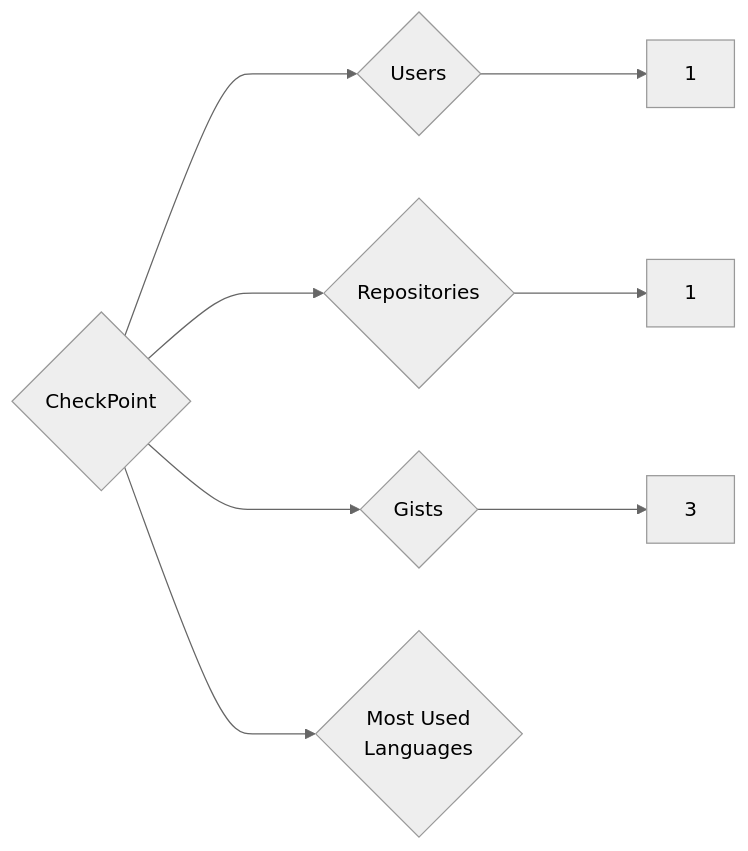
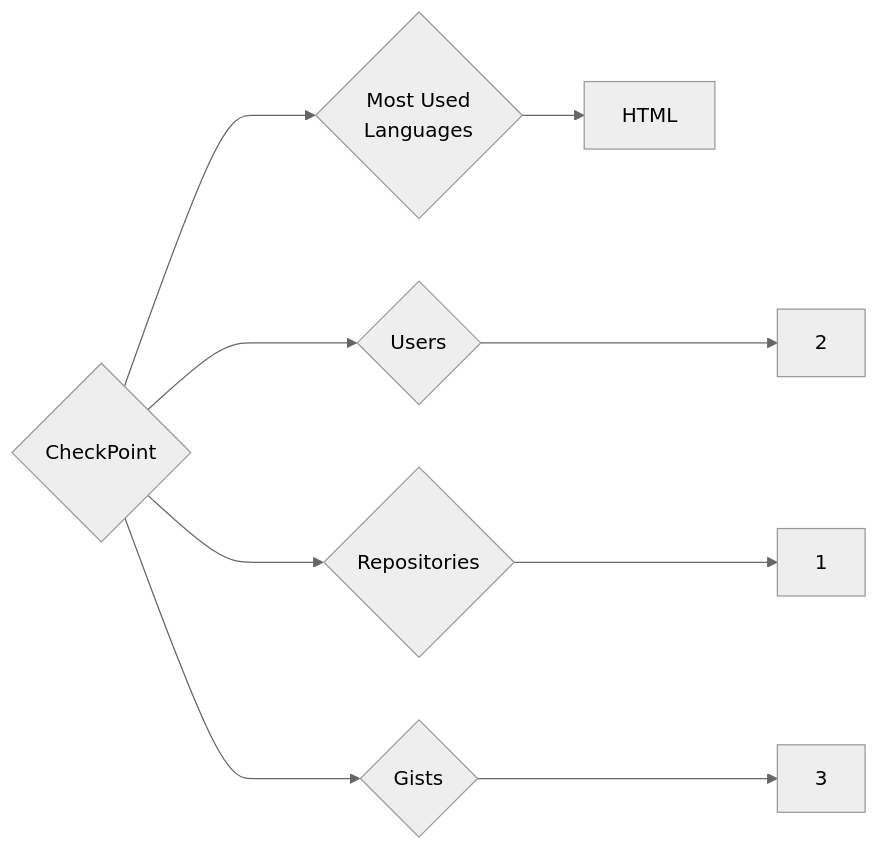
Before and after one commit to trickest/insiders: the diagram in targets/CheckPoint/README.md, drawn with Mermaid (neutral theme). The commit also changed 823 other files, not shown here.

````diff
--- a/targets/CheckPoint/README.md
+++ b/targets/CheckPoint/README.md
@@ -3,8 +3,9 @@
 ```mermaid
 graph LR
 COMPANY_NAME{CheckPoint}
-COMPANY_NAME ---> U{Users} ---> UN[1]
+COMPANY_NAME ---> U{Users} ---> UN[2]
 COMPANY_NAME ---> R{Repositories} ---> RN[1]
 COMPANY_NAME ---> G{Gists} ---> GN[3]
 COMPANY_NAME ---> ML{Most Used<br>Languages}
+ML --> HTML[HTML]
 ```
````
